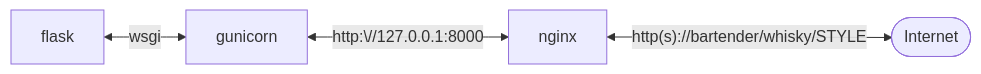
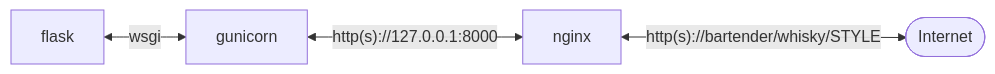
One commit to suspect-devices/digithink changed the first of 2 diagrams in whiskey/bartender/docs/README.md. Above: the diagram before and after it, drawn with Mermaid.

````diff
--- a/whiskey/bartender/docs/README.md
+++ b/whiskey/bartender/docs/README.md
@@ -7,5 +7,5 @@
 ```mermaid
 graph LR
-    B -- http:\//127.0.0.1:8000 <--> C[nginx] -- http(s)://bartender/whisky/STYLE <--> I([Internet])
+    B -- http(s)://127.0.0.1:8000 <--> C[nginx] -- http(s)://bartender/whisky/STYLE <--> I([Internet])
     A[flask] -- wsgi <--> B[gunicorn];
 ```
````
